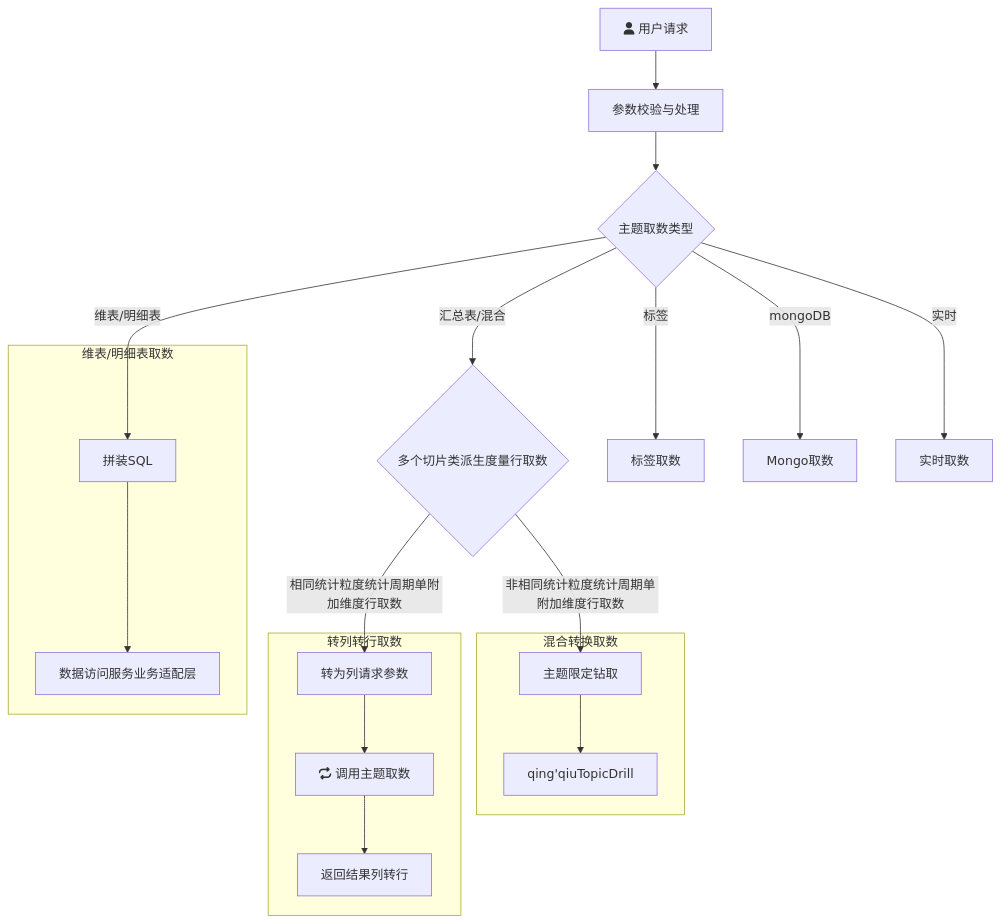
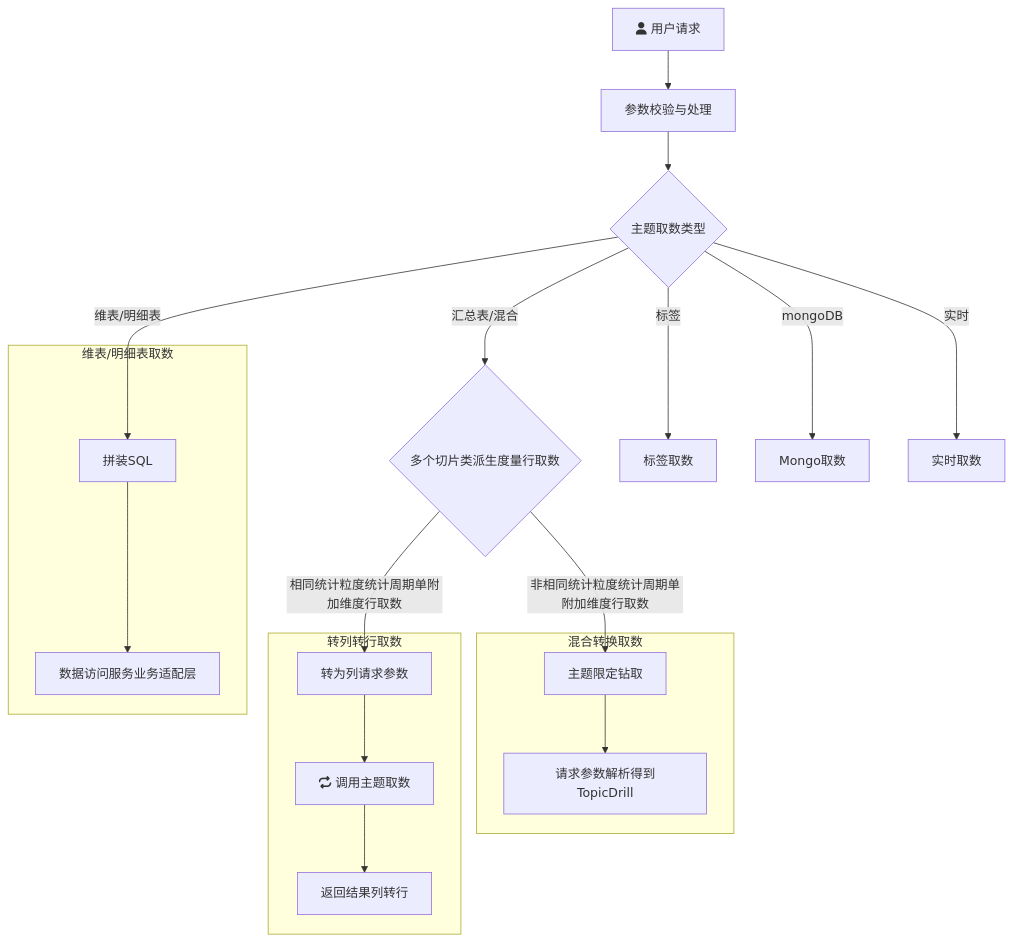
The diagram in all/未命名.md (yanglosm/iodraw-files), drawn with Mermaid before and after one commit.

Commit message:
2024-11-29 18:39:40 update

````diff
--- a/all/未命名.md
+++ b/all/未命名.md
@@ -1,20 +1,20 @@
 ```mermaid
 flowchart TD
     A[fa:fa-user 用户请求] -->A1[参数校验与处理] --> B{主题取数类型}
     B -->|维表/明细表| D[拼装SQL]
     B -->|汇总表/混合| E{多个切片类派生度量行取数}
     B -->|标签| F[标签取数]
     B -->|mongoDB| G[Mongo取数]
     B -->|实时| H[实时取数]
     E -->|相同统计粒度统计周期单附加维度行取数| E1[转为列请求参数]
     E -->|非相同统计粒度统计周期单附加维度行取数| T[主题限定钻取]
     subgraph 维表/明细表取数
     D-->D1[数据访问服务业务适配层]
     end
     subgraph 转列转行取数
     E1-->E11[fa:fa-repeat 调用主题取数]-->E12[返回结果列转行]
     end
     subgraph 混合转换取数
-    T-->T1[qing'qiuTopicDrill]
+    T-->T1[请求参数解析得到TopicDrill]
     end
 ```
````
